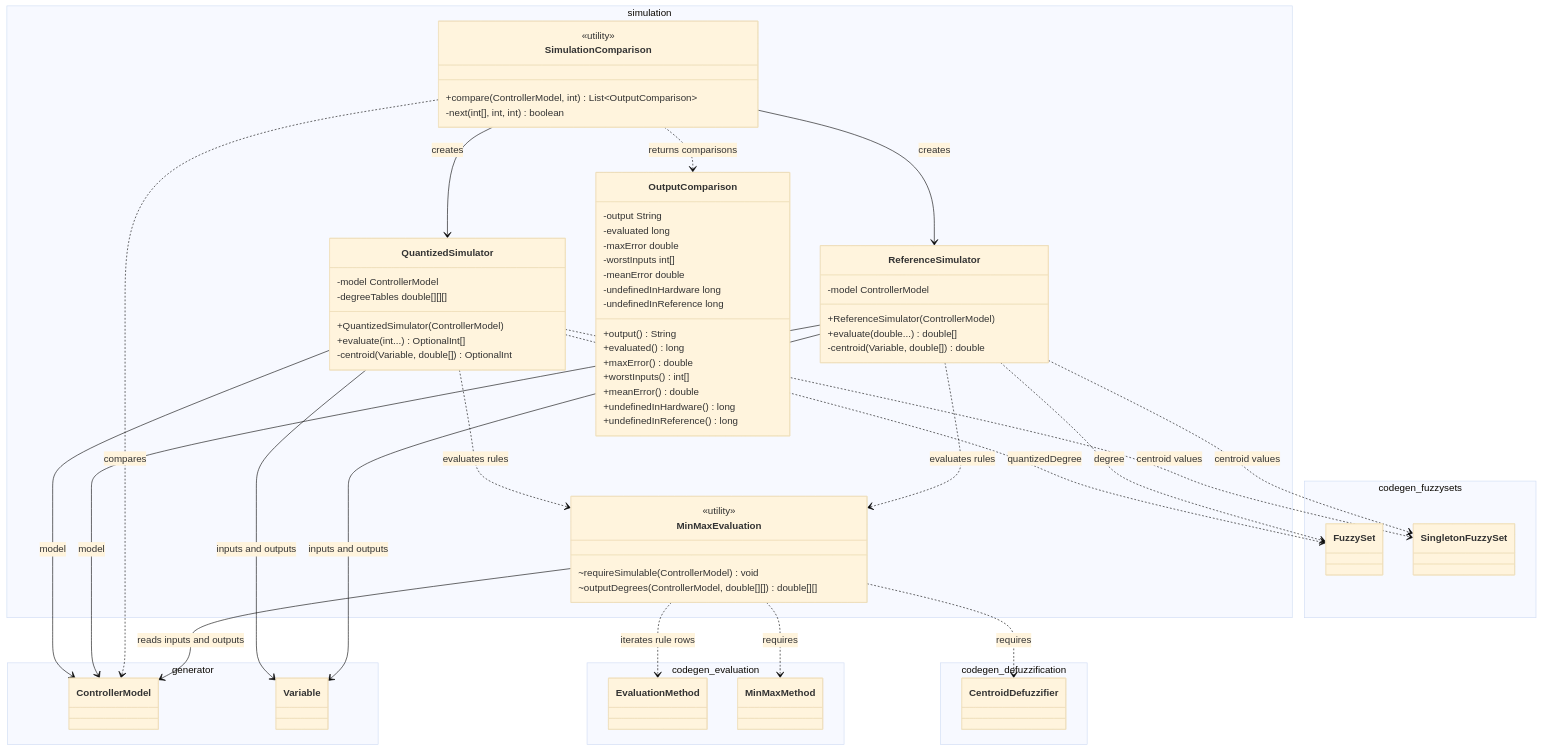
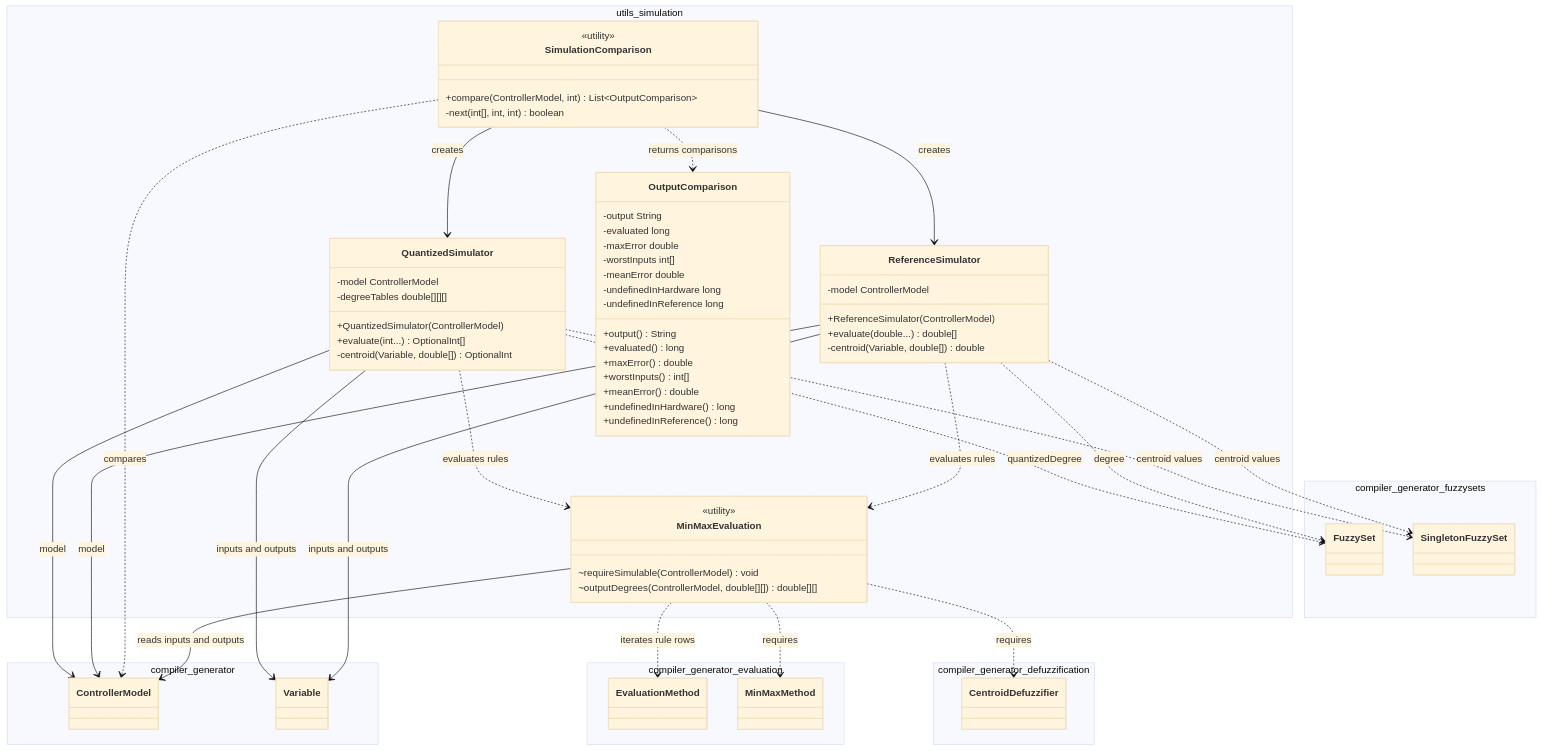
Before and after one commit to PascalUser/FLC-IEC61131-7: the diagram in doc/diagrams/simulation_class_diagram.mmd, drawn with Mermaid (base theme). The commit also changed 4 other files, not shown here.

Commit message:
refactor(harness): alinear los diagramas de simulación con las fuentes Java actuales

```diff
--- a/doc/diagrams/simulation_class_diagram.mmd
+++ b/doc/diagrams/simulation_class_diagram.mmd
@@ -1,75 +1,75 @@
 classDiagram
-    namespace simulation {
+    namespace utils_simulation {
         class ReferenceSimulator {
             -model ControllerModel
             +ReferenceSimulator(ControllerModel)
             +evaluate(double...) double[]
             -centroid(Variable, double[]) double
         }
         class QuantizedSimulator {
             -model ControllerModel
             -degreeTables double[][][]
             +QuantizedSimulator(ControllerModel)
             +evaluate(int...) OptionalInt[]
             -centroid(Variable, double[]) OptionalInt
         }
         class SimulationComparison {
             <<utility>>
             +compare(ControllerModel, int) List~OutputComparison~
             -next(int[], int, int) boolean
         }
         class OutputComparison {
             -output String
             -evaluated long
             -maxError double
             -worstInputs int[]
             -meanError double
             -undefinedInHardware long
             -undefinedInReference long
             +output() String
             +evaluated() long
             +maxError() double
             +worstInputs() int[]
             +meanError() double
             +undefinedInHardware() long
             +undefinedInReference() long
         }
         class MinMaxEvaluation {
             <<utility>>
             ~requireSimulable(ControllerModel) void
             ~outputDegrees(ControllerModel, double[][]) double[][]
         }
     }
-    namespace generator {
+    namespace compiler_generator {
         class ControllerModel
         class Variable
     }
-    namespace codegen_evaluation {
+    namespace compiler_generator_evaluation {
         class EvaluationMethod
         class MinMaxMethod
     }
-    namespace codegen_defuzzification {
+    namespace compiler_generator_defuzzification {
         class CentroidDefuzzifier
     }
-    namespace codegen_fuzzysets {
+    namespace compiler_generator_fuzzysets {
         class FuzzySet
         class SingletonFuzzySet
     }
     QuantizedSimulator --> ControllerModel : model
     ReferenceSimulator --> ControllerModel : model
     QuantizedSimulator --> Variable : inputs and outputs
     ReferenceSimulator --> Variable : inputs and outputs
     SimulationComparison --> QuantizedSimulator : creates
     SimulationComparison --> ReferenceSimulator : creates
     SimulationComparison ..> OutputComparison : returns comparisons
     SimulationComparison ..> ControllerModel : compares
     QuantizedSimulator ..> MinMaxEvaluation : evaluates rules
     ReferenceSimulator ..> MinMaxEvaluation : evaluates rules
     QuantizedSimulator ..> FuzzySet : quantizedDegree
     ReferenceSimulator ..> FuzzySet : degree
     QuantizedSimulator ..> SingletonFuzzySet : centroid values
     ReferenceSimulator ..> SingletonFuzzySet : centroid values
     MinMaxEvaluation --> ControllerModel : reads inputs and outputs
     MinMaxEvaluation ..> EvaluationMethod : iterates rule rows
     MinMaxEvaluation ..> MinMaxMethod : requires
     MinMaxEvaluation ..> CentroidDefuzzifier : requires
```
